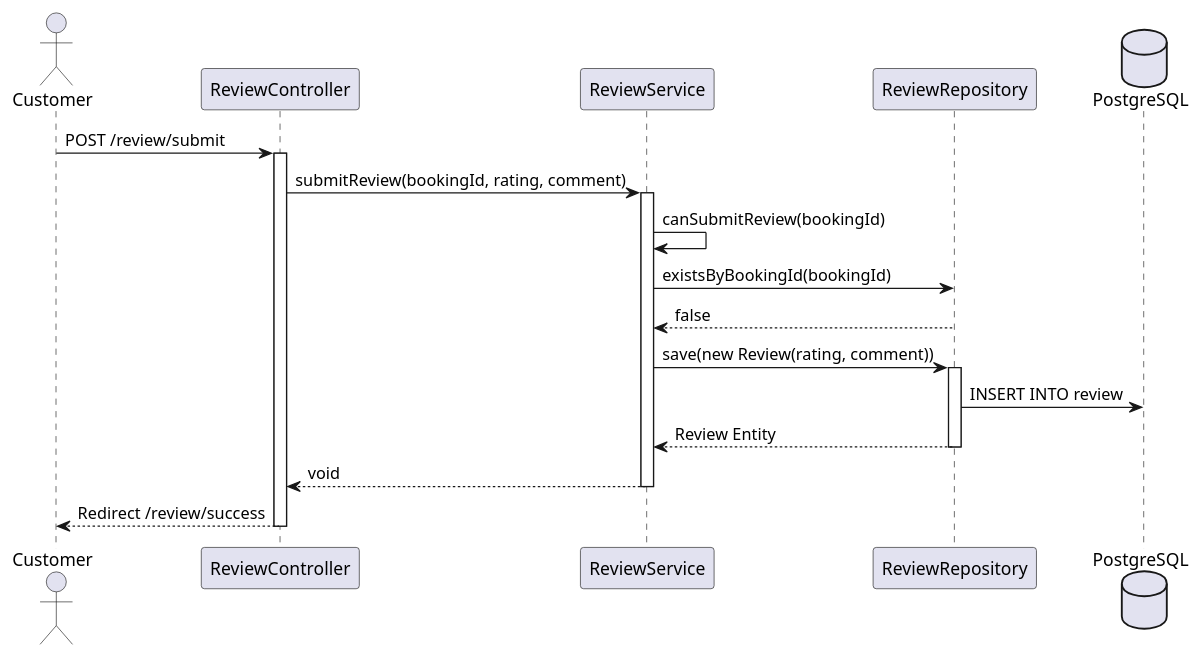
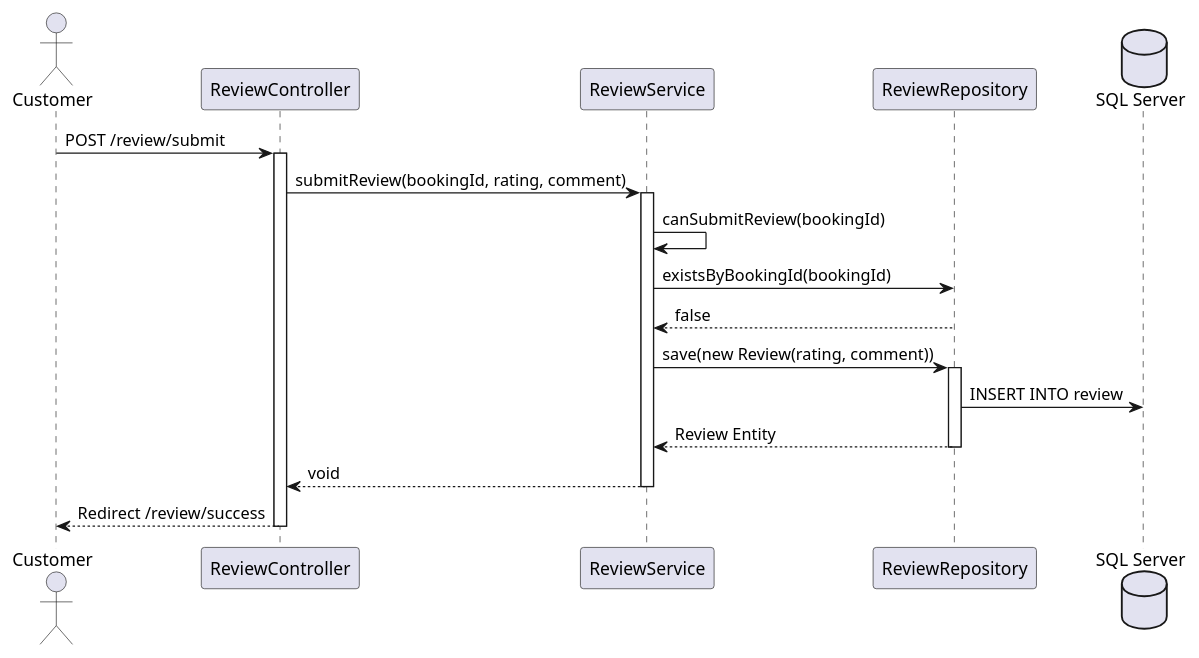
Before and after one commit to danhdac36/xoai-aura-retreat: the second of 2 diagrams in 03_Implement/UC23/UC23_EDS_Review.md, drawn with PlantUML. The commit also changed other lines of this file and 23 other files, not shown here.

````diff
--- a/03_Implement/UC23/UC23_EDS_Review.md
+++ b/03_Implement/UC23/UC23_EDS_Review.md
@@ -189,26 +189,26 @@
 ```plantuml
 @startuml
 actor "Customer" as User
 participant "ReviewController" as Controller
 participant "ReviewService" as Service
 participant "ReviewRepository" as Repository
-database "PostgreSQL" as DB
+database "SQL Server" as DB
 
 User -> Controller: POST /review/submit
 activate Controller
 Controller -> Service: submitReview(bookingId, rating, comment)
 activate Service
 Service -> Service: canSubmitReview(bookingId)
 Service -> Repository: existsByBookingId(bookingId)
 Repository --> Service: false
 Service -> Repository: save(new Review(rating, comment))
 activate Repository
 Repository -> DB: INSERT INTO review
 Repository --> Service: Review Entity
 deactivate Repository
 Service --> Controller: void
 deactivate Service
 Controller --> User: Redirect /review/success
 deactivate Controller
 @enduml
 ```
````
